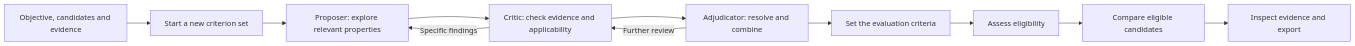
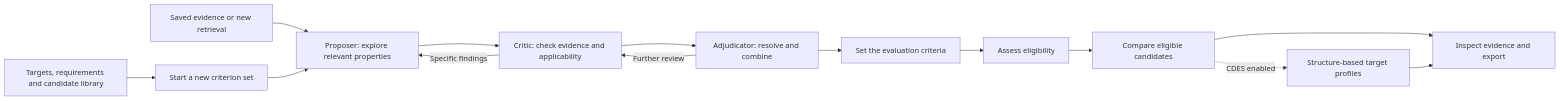
Before and after one commit to YWDDLiang03/mas: the diagram in README.md, drawn with Mermaid. The commit also changed other lines of this file and 90 other files, not shown here.

Commit message:
docs: align target workflow, optional CDES and independent library setup

````diff
--- a/README.md
+++ b/README.md
@@ -11,13 +11,16 @@
 ```mermaid
 flowchart LR
-    A[Objective, candidates and evidence] --> B[Start a new criterion set]
+    A[Targets, requirements and candidate library] --> B[Start a new criterion set]
+    L[Saved evidence or new retrieval] --> P
     B --> P[Proposer: explore relevant properties]
     P --> C[Critic: check evidence and applicability]
     C -->|Specific findings| P
     C --> D[Adjudicator: resolve and combine]
     D -->|Further review| C
     D --> E[Set the evaluation criteria]
     E --> F[Assess eligibility]
     F --> G[Compare eligible candidates]
     G --> H[Inspect evidence and export]
+    G -. CDES enabled .-> S[Structure-based target profiles]
+    S --> H
 ```
````
